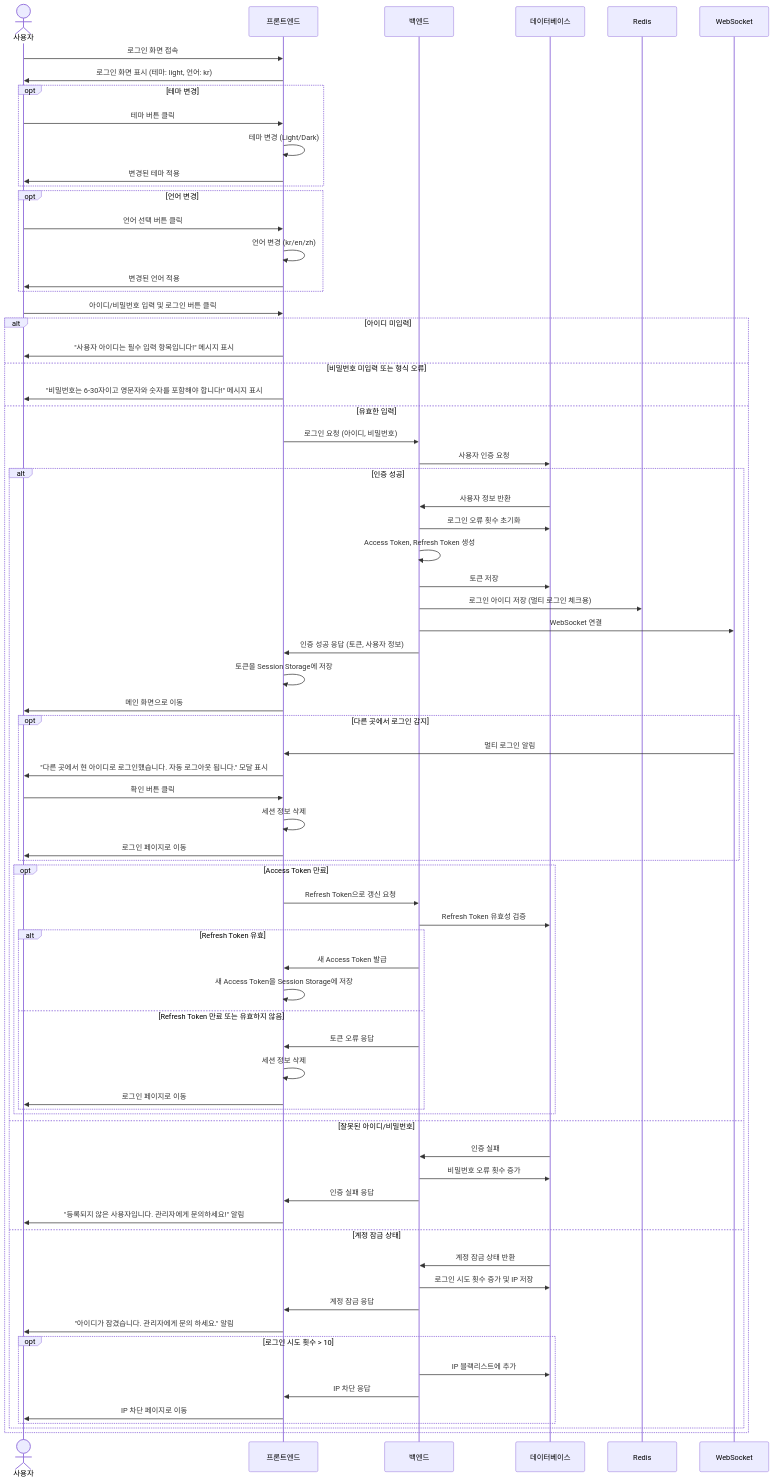
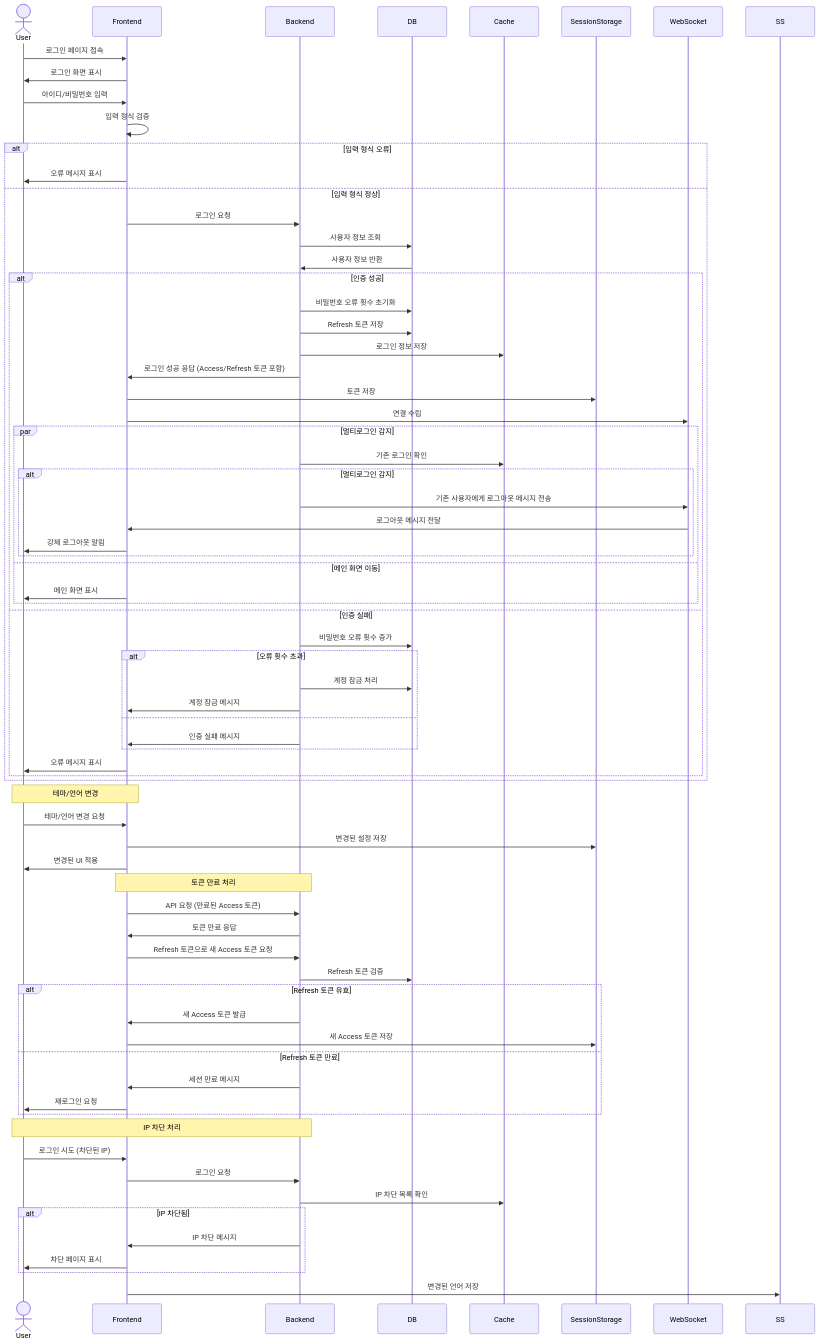
The diagram in documents/분석/로그인/03.sequence_diagram.md (thanksLee/vitamin-monorepo), drawn with Mermaid before and after one commit. The commit also changed 7 other files, not shown here.

````diff
--- a/documents/분석/로그인/03.sequence_diagram.md
+++ b/documents/분석/로그인/03.sequence_diagram.md
@@ -7,97 +7,78 @@
 ```mermaid
 sequenceDiagram
-    actor User as 사용자
-    participant FE as 프론트엔드
-    participant BE as 백엔드
-    participant DB as 데이터베이스
-    participant Redis as Redis
-    participant WS as WebSocket
+    actor User
+    participant FE as Frontend
+    participant BE as Backend
+    participant DB
+    participant Cache
+    participant SessionStorage
+    participant WebSocket
 
-    %% 기본 로그인 시나리오
-    User->>FE: 로그인 화면 접속
-    FE->>User: 로그인 화면 표시 (테마: light, 언어: kr)
-
-    %% 테마 변경 시나리오
-    opt 테마 변경
-        User->>FE: 테마 버튼 클릭
-        FE->>FE: 테마 변경 (Light/Dark)
-        FE->>User: 변경된 테마 적용
+    User->>FE: 로그인 페이지 접속
+    FE->>User: 로그인 화면 표시
+    User->>FE: 아이디/비밀번호 입력
+    FE->>FE: 입력 형식 검증
+    alt 입력 형식 오류
+        FE->>User: 오류 메시지 표시
+    else 입력 형식 정상
+        FE->>BE: 로그인 요청
+        BE->>DB: 사용자 정보 조회
+        DB->>BE: 사용자 정보 반환
+        alt 인증 성공
+            BE->>DB: 비밀번호 오류 횟수 초기화
+            BE->>DB: Refresh 토큰 저장
+            BE->>Cache: 로그인 정보 저장
+            BE->>FE: 로그인 성공 응답 (Access/Refresh 토큰 포함)
+            FE->>SessionStorage: 토큰 저장
+            FE->>WebSocket: 연결 수립
+            par 멀티로그인 감지
+                BE->>Cache: 기존 로그인 확인
+                alt 멀티로그인 감지
+                    BE->>WebSocket: 기존 사용자에게 로그아웃 메시지 전송
+                    WebSocket->>FE: 로그아웃 메시지 전달
+                    FE->>User: 강제 로그아웃 알림
+                end
+            and 메인 화면 이동
+                FE->>User: 메인 화면 표시
+            end
+        else 인증 실패
+            BE->>DB: 비밀번호 오류 횟수 증가
+            alt 오류 횟수 초과
+                BE->>DB: 계정 잠금 처리
+                BE->>FE: 계정 잠금 메시지
+            else
+                BE->>FE: 인증 실패 메시지
+            end
+            FE->>User: 오류 메시지 표시
+        end
     end
 
-    %% 언어 변경 시나리오
-    opt 언어 변경
-        User->>FE: 언어 선택 버튼 클릭
-        FE->>FE: 언어 변경 (kr/en/zh)
-        FE->>User: 변경된 언어 적용
+    Note over User,FE: 테마/언어 변경
+    User->>FE: 테마/언어 변경 요청
+    FE->>SessionStorage: 변경된 설정 저장
+    FE->>User: 변경된 UI 적용
+
+    Note over FE,BE: 토큰 만료 처리
+    FE->>BE: API 요청 (만료된 Access 토큰)
+    BE->>FE: 토큰 만료 응답
+    FE->>BE: Refresh 토큰으로 새 Access 토큰 요청
+    BE->>DB: Refresh 토큰 검증
+    alt Refresh 토큰 유효
+        BE->>FE: 새 Access 토큰 발급
+        FE->>SessionStorage: 새 Access 토큰 저장
+    else Refresh 토큰 만료
+        BE->>FE: 세션 만료 메시지
+        FE->>User: 재로그인 요청
     end
 
-    %% 로그인 시도
-    User->>FE: 아이디/비밀번호 입력 및 로그인 버튼 클릭
+    Note over User,BE: IP 차단 처리
+    User->>FE: 로그인 시도 (차단된 IP)
+    FE->>BE: 로그인 요청
+    BE->>Cache: IP 차단 목록 확인
+    alt IP 차단됨
+        BE->>FE: IP 차단 메시지
+        FE->>User: 차단 페이지 표시
+    end
+    FE->>SS: 변경된 언어 저장
 
-    %% 클라이언트 측 유효성 검사
-    alt 아이디 미입력
-        FE->>User: "사용자 아이디는 필수 입력 항목입니다!" 메시지 표시
-    else 비밀번호 미입력 또는 형식 오류
-        FE->>User: "비밀번호는 6-30자이고 영문자와 숫자를 포함해야 합니다!" 메시지 표시
-    else 유효한 입력
-        FE->>BE: 로그인 요청 (아이디, 비밀번호)
-
-        %% 서버 측 인증 처리
-        BE->>DB: 사용자 인증 요청
-
-        alt 인증 성공
-            DB->>BE: 사용자 정보 반환
-            BE->>DB: 로그인 오류 횟수 초기화
-            BE->>BE: Access Token, Refresh Token 생성
-            BE->>DB: 토큰 저장
-            BE->>Redis: 로그인 아이디 저장 (멀티 로그인 체크용)
-            BE->>WS: WebSocket 연결
-            BE->>FE: 인증 성공 응답 (토큰, 사용자 정보)
-            FE->>FE: 토큰을 Session Storage에 저장
-            FE->>User: 메인 화면으로 이동
-
-            %% 멀티 로그인 감지 시나리오
-            opt 다른 곳에서 로그인 감지
-                WS->>FE: 멀티 로그인 알림
-                FE->>User: "다른 곳에서 현 아이디로 로그인했습니다. 자동 로그아웃 됩니다." 모달 표시
-                User->>FE: 확인 버튼 클릭
-                FE->>FE: 세션 정보 삭제
-                FE->>User: 로그인 페이지로 이동
-            end
-
-            %% 토큰 갱신 시나리오
-            opt Access Token 만료
-                FE->>BE: Refresh Token으로 갱신 요청
-                BE->>DB: Refresh Token 유효성 검증
-
-                alt Refresh Token 유효
-                    BE->>FE: 새 Access Token 발급
-                    FE->>FE: 새 Access Token을 Session Storage에 저장
-                else Refresh Token 만료 또는 유효하지 않음
-                    BE->>FE: 토큰 오류 응답
-                    FE->>FE: 세션 정보 삭제
-                    FE->>User: 로그인 페이지로 이동
-                end
-            end
-
-        else 잘못된 아이디/비밀번호
-            DB->>BE: 인증 실패
-            BE->>DB: 비밀번호 오류 횟수 증가
-            BE->>FE: 인증 실패 응답
-            FE->>User: "등록되지 않은 사용자입니다. 관리자에게 문의하세요!" 알림
-
-        else 계정 잠금 상태
-            DB->>BE: 계정 잠금 상태 반환
-            BE->>DB: 로그인 시도 횟수 증가 및 IP 저장
-            BE->>FE: 계정 잠금 응답
-            FE->>User: "아이디가 잠겼습니다. 관리자에게 문의 하세요." 알림
-
-            %% IP 차단 시나리오
-            opt 로그인 시도 횟수 > 10
-                BE->>DB: IP 블랙리스트에 추가
-                BE->>FE: IP 차단 응답
-                FE->>User: IP 차단 페이지로 이동
-            end
-        end
-    end
 ```
````
